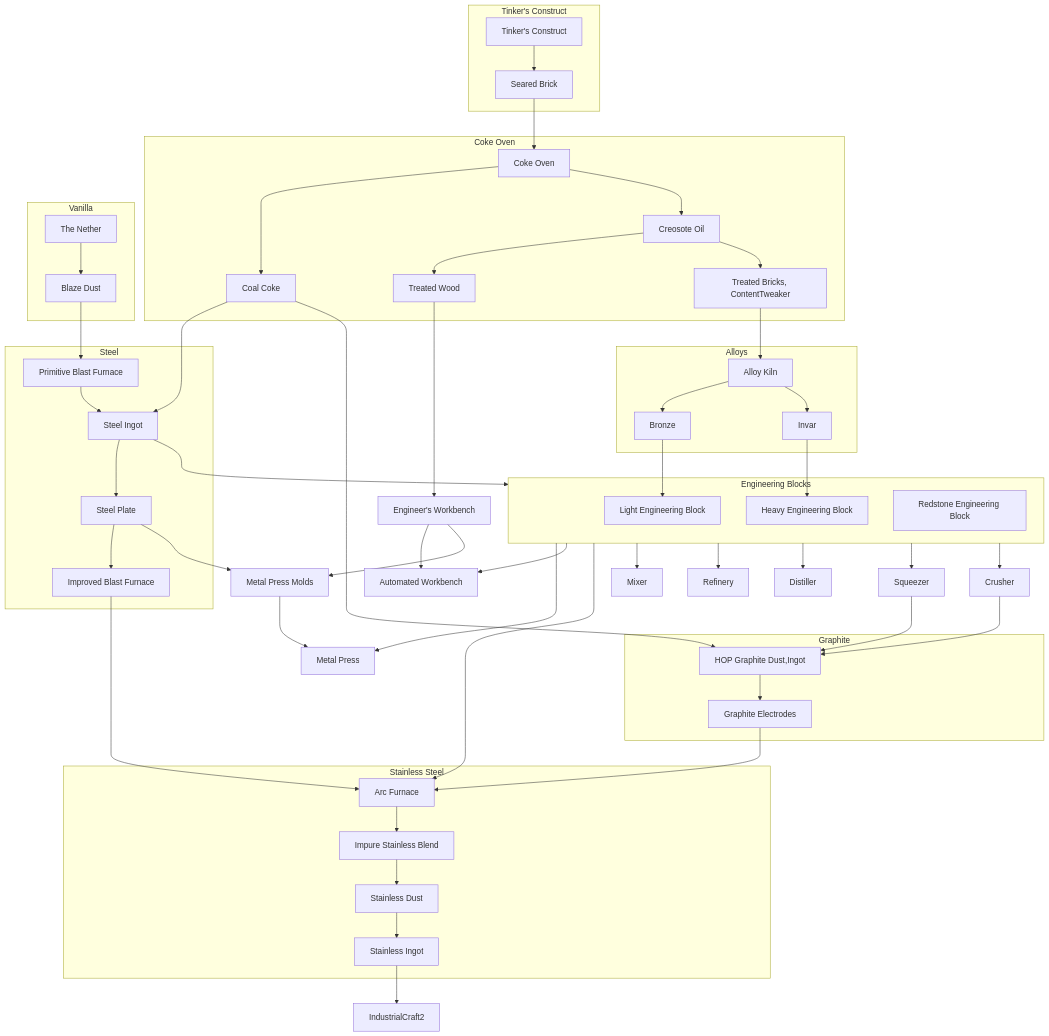
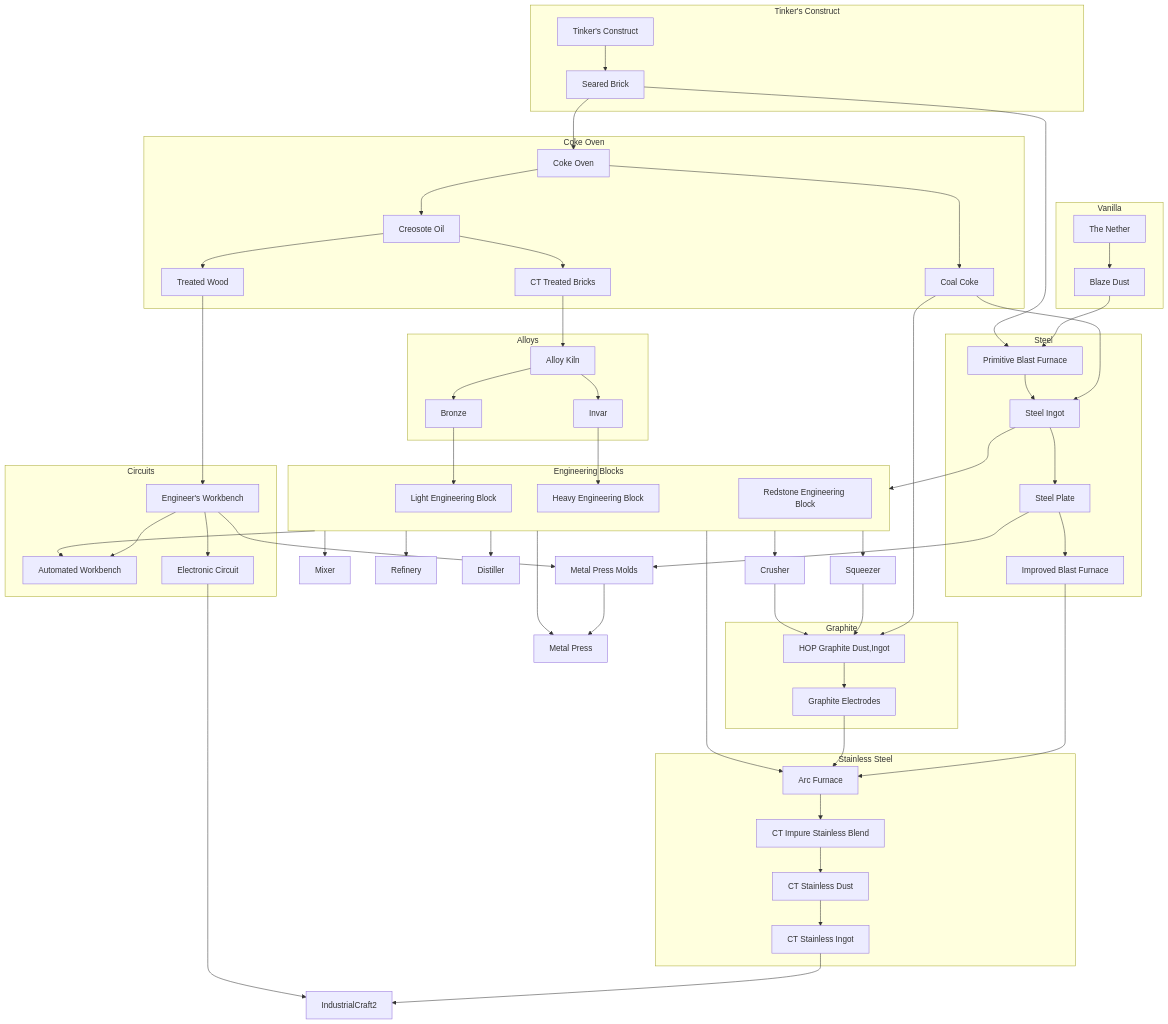
One commit to bigyihsuan/progression-pack changed the diagram in docs/quests/immersive.md. Above: the diagram before and after it, drawn with Mermaid. The commit also changed 23 other files, not shown here.

````diff
--- a/docs/quests/immersive.md
+++ b/docs/quests/immersive.md
@@ -3,82 +3,79 @@
 ```mermaid
 flowchart TD
 subgraph Tinker's Construct
 tic[Tinker's Construct]
 seared[Seared Brick]
 end
-tic --> seared --> oven
-
-%% machines
-engi_table[Engineer's Workbench]
-auto_table[Automated Workbench]
 press[Metal Press]
 mixer[Mixer]
 refinery[Refinery]
 distiller[Distiller]
 squeezer[Squeezer]
 crusher[Crusher]
-
+subgraph Circuits
+engi_table[Engineer's Workbench]
+auto_table[Automated Workbench]
+circuit[Electronic Circuit]
+end
 subgraph Coke Oven
 oven[Coke Oven]
 coke[Coal Coke]
 creo[Creosote Oil]
 treat[Treated Wood]
-brick[Treated Bricks, ContentTweaker]
+brick[CT Treated Bricks]
 end
 subgraph Alloys
 kiln[Alloy Kiln]
 bronze[Bronze]
 invar[Invar]
 end
 subgraph engin [Engineering Blocks]
 light[Light Engineering Block]
 heavy[Heavy Engineering Block]
 redst[Redstone Engineering Block]
 end
 subgraph Steel
 pri_blast[Primitive Blast Furnace]
 imp_blast[Improved Blast Furnace]
 steel[Steel Ingot]
 plate[Steel Plate]
 end
 subgraph Graphite
 hop[HOP Graphite Dust,Ingot]
 electrode[Graphite Electrodes]
 end
 subgraph Stainless Steel
-staini[Stainless Ingot]
-staind[Stainless Dust]
-stainb[Impure Stainless Blend]
+staini[CT Stainless Ingot]
+staind[CT Stainless Dust]
+stainb[CT Impure Stainless Blend]
 arc[Arc Furnace]
 end
 molds[Metal Press Molds]
 subgraph Vanilla
 nether[The Nether]
 blaze[Blaze Dust]
 end
+ic2[IndustrialCraft2]
 
+tic --> seared --> oven
 oven --> coke & creo
 creo --> treat & brick
+engi_table --> molds
 treat --> engi_table --> auto_table
-engi_table --> molds
-
+engi_table --> circuit
 brick --> kiln --> bronze & invar
 bronze --> light
 invar --> heavy
-
-nether --> blaze --> pri_blast
-
+nether --> blaze
+blaze & seared --> pri_blast
 coke & pri_blast --> steel
 steel --> engin
 steel --> plate
 plate --> imp_blast --> arc
 plate --> molds --> press
-
 engin --> press & auto_table & arc & mixer & refinery & distiller & squeezer & crusher
-
 coke & squeezer & crusher --> hop --> electrode --> arc
-
-staini --> IndustrialCraft2
 arc --> stainb --> staind -->  staini
-
+staini --> ic2
+circuit --> ic2
 ```
````
